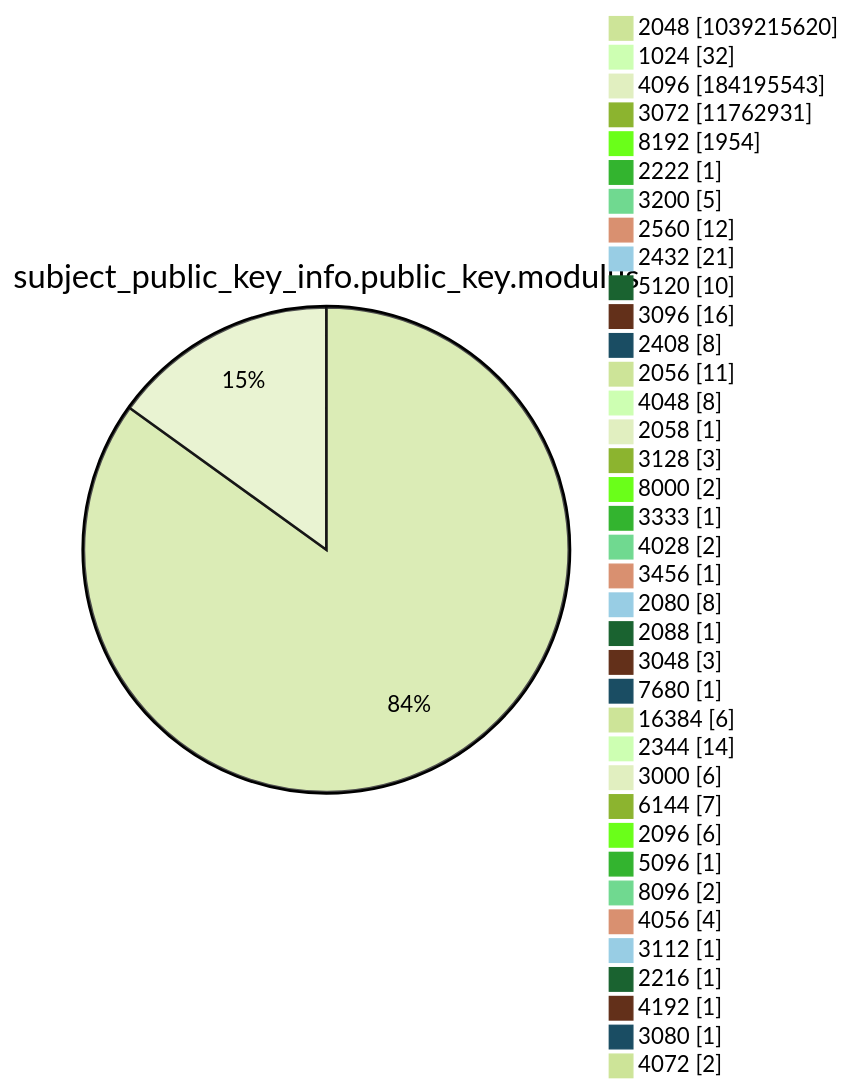
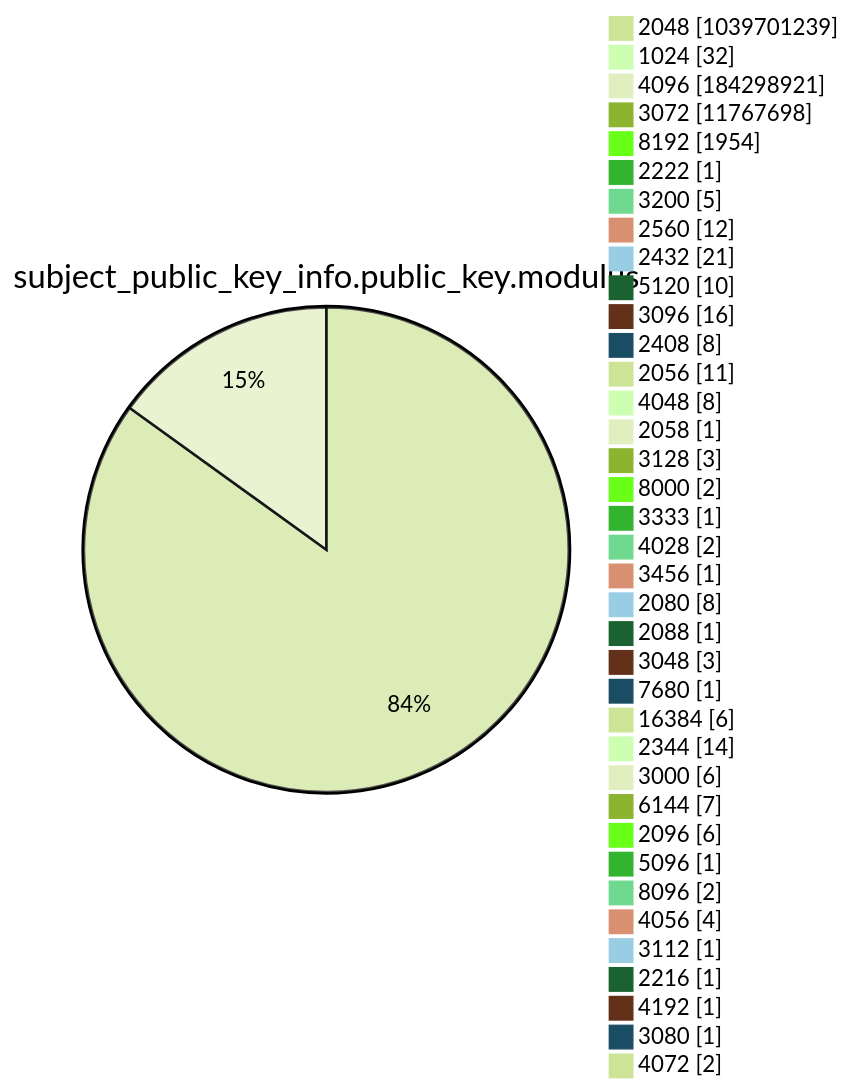
Diagram 13 of 15 in argon2022/README.md (christiankrug/ctmonitor_visualization), drawn with Mermaid (forest theme) before and after one commit. The commit also changed other lines of this file, not shown here.

````diff
--- a/argon2022/README.md
+++ b/argon2022/README.md
@@ -3589,41 +3589,41 @@
 ```mermaid
 pie showData
 title subject_public_key_info.public_key.modulus
-"2048" :1039215620
+"2048" :1039701239
 "1024" :32
-"4096" :184195543
-"3072" :11762931
+"4096" :184298921
+"3072" :11767698
 "8192" :1954
 "2222" :1
 "3200" :5
 "2560" :12
 "2432" :21
 "5120" :10
 "3096" :16
 "2408" :8
 "2056" :11
 "4048" :8
 "2058" :1
 "3128" :3
 "8000" :2
 "3333" :1
 "4028" :2
 "3456" :1
 "2080" :8
 "2088" :1
 "3048" :3
 "7680" :1
 "16384" :6
 "2344" :14
 "3000" :6
 "6144" :7
 "2096" :6
 "5096" :1
 "8096" :2
 "4056" :4
 "3112" :1
 "2216" :1
 "4192" :1
 "3080" :1
 "4072" :2
 ```
````
